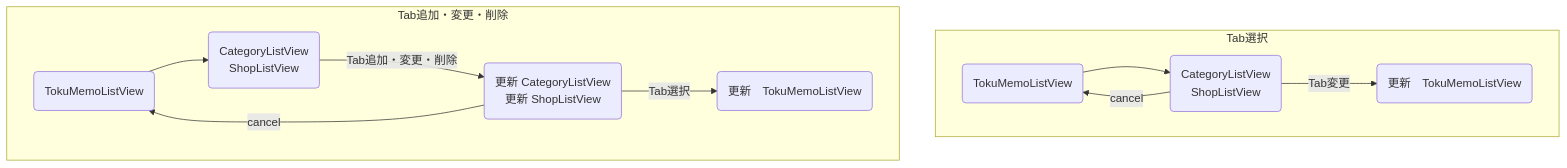
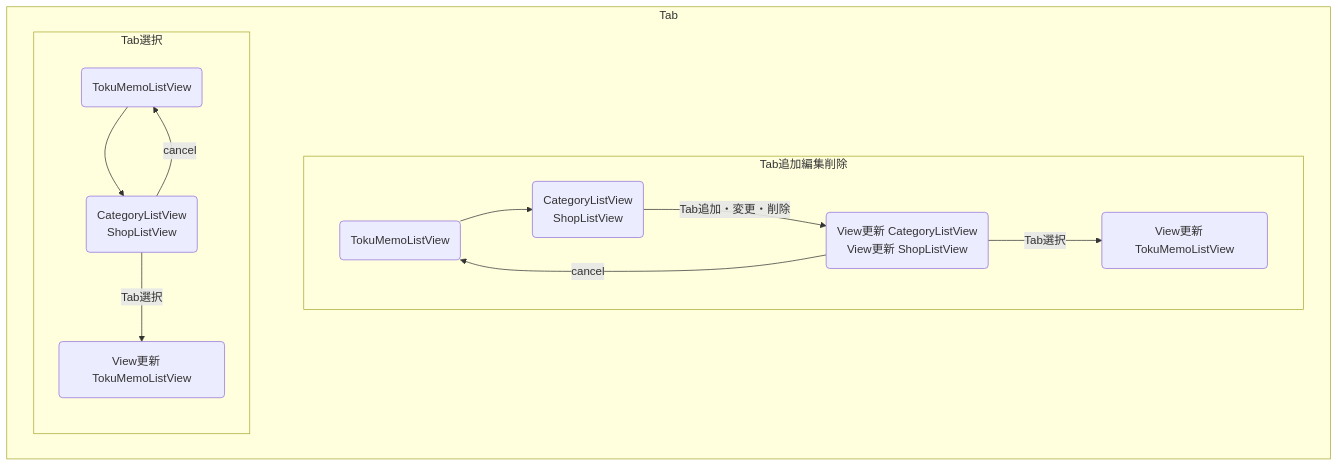
Before and after one commit to ymp-a/tokuMemo: the third of 3 diagrams in README.md, drawn with Mermaid. The commit also changed other lines of this file, not shown here.

````diff
--- a/README.md
+++ b/README.md
@@ -90,14 +87,25 @@
 ```mermaid
 flowchart TD
+
+subgraph Tab
+direction LR
+Tab選択 --- Tab追加編集削除
+linkStyle 0 stroke-width:0px
+end
+
 subgraph Tab選択
-  1(TokuMemoListView)-->2(CategoryListView<br>ShopListView)--Tab変更-->U(更新　TokuMemoListView)
+  1(TokuMemoListView)-->2(CategoryListView<br>ShopListView)--Tab選択-->U(View更新　TokuMemoListView)
   2 --cancel-->1
   
 end
 
-subgraph "Tab追加・変更・削除"
-  3(TokuMemoListView)-->4(CategoryListView<br>ShopListView)--"Tab追加・変更・削除"-->4'(更新 CategoryListView<br>更新 ShopListView)--Tab選択-->U'(更新　TokuMemoListView)
+subgraph Tab追加編集削除
+  3(TokuMemoListView)-->4(CategoryListView<br>ShopListView)--"Tab追加・変更・削除"-->4'(View更新 CategoryListView<br>View更新 ShopListView)--Tab選択-->U'(View更新　TokuMemoListView)
   4' --cancel-->3
 end
 
+
+
+
+
 ```
````
